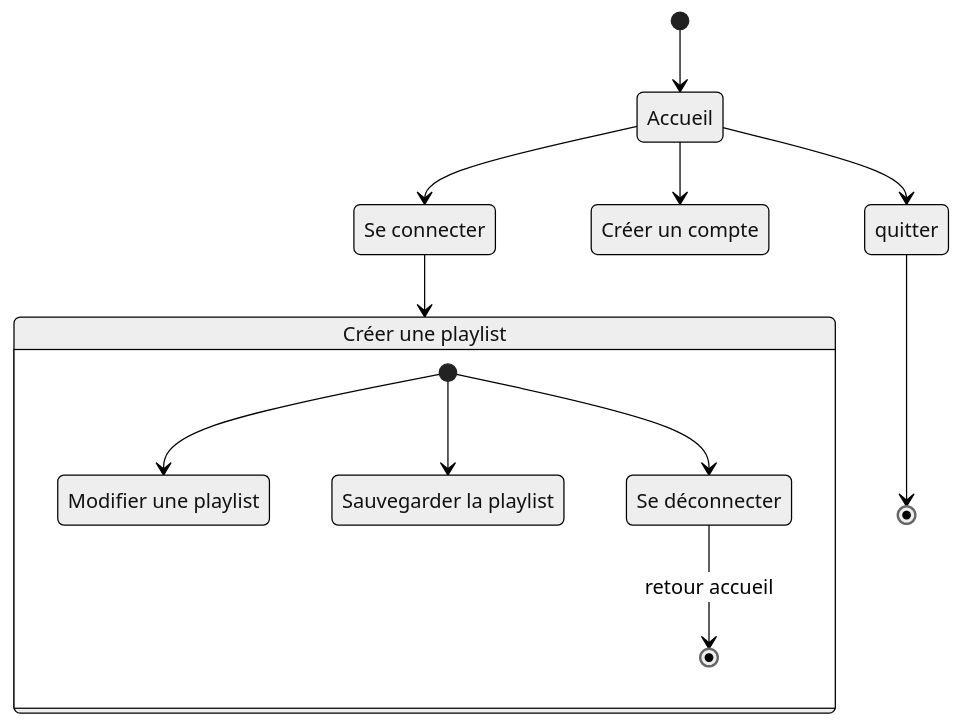
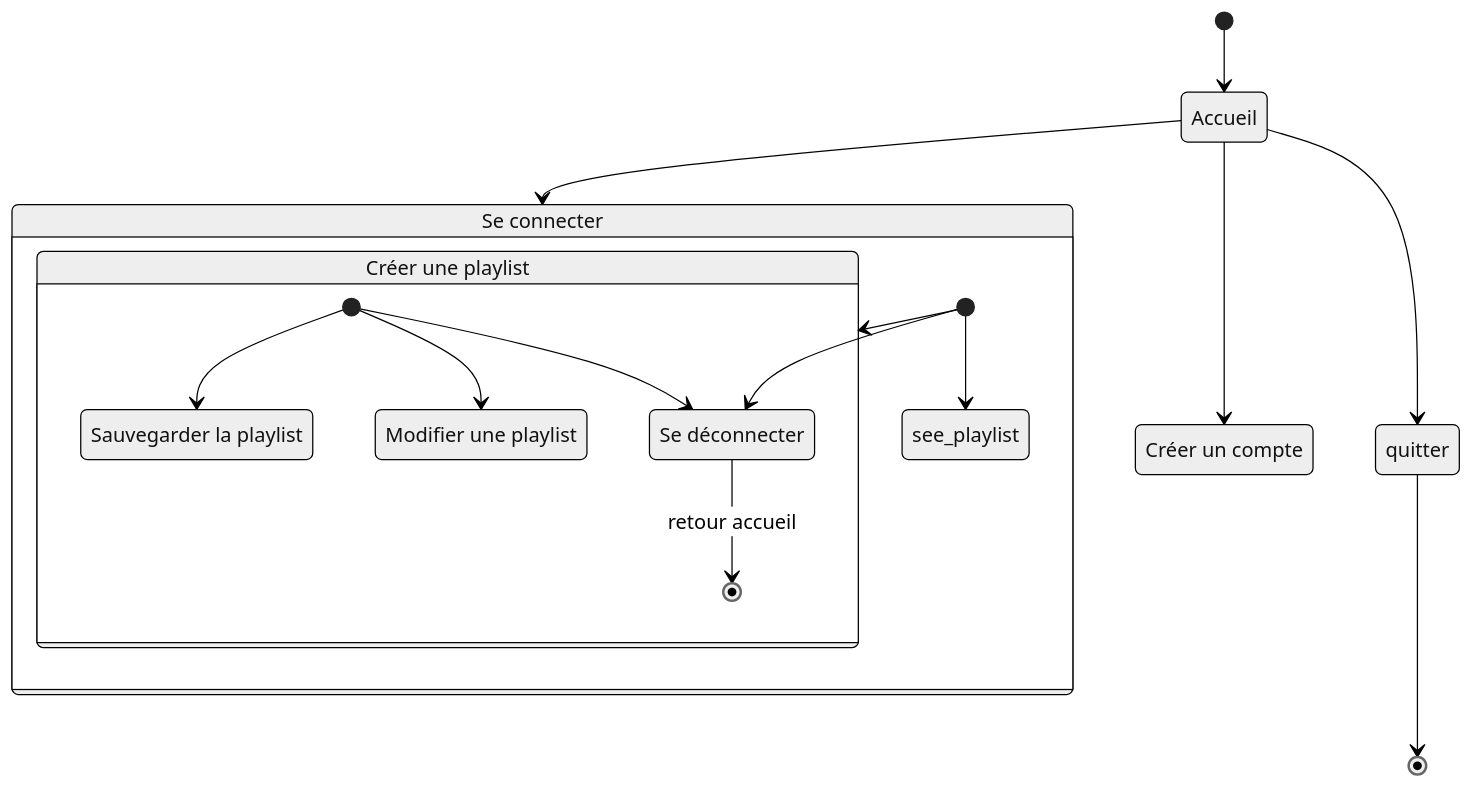
The diagram in doc/tracking/diag_activities.md (luteceagn/ENSAI-Projet-info-2A), drawn with Mermaid (neutral theme) before and after one commit. The commit also changed other lines of this file, not shown here.

Commit message:
diagramme

````diff
--- a/doc/tracking/diag_activities.md
+++ b/doc/tracking/diag_activities.md
@@ -17,26 +5,31 @@
 ```mermaid
 stateDiagram
     login : Se connecter
     logon : Créer un compte
     create_playlist : Créer une playlist
     modifie_playlist : Modifier une playlist
     save_playlist : Sauvegarder la playlist
     logout : Se déconnecter
     
     [*] --> Accueil
     
     Accueil --> login
-    login --> create_playlist
+    
     
     Accueil --> logon
     
     Accueil --> quitter
     quitter --> [*]
     
+    state login {
+        [*]--> create_playlist
+        [*]--> see_playlist
+        [*]--> logout
+    }
     state create_playlist {
     	[*] --> save_playlist
     	[*] --> modifie_playlist
     	[*] --> logout
         logout --> [*]:retour accueil
     }
 ```
````
